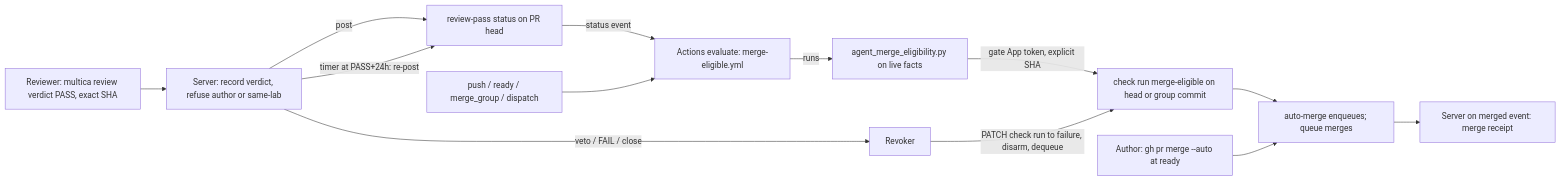
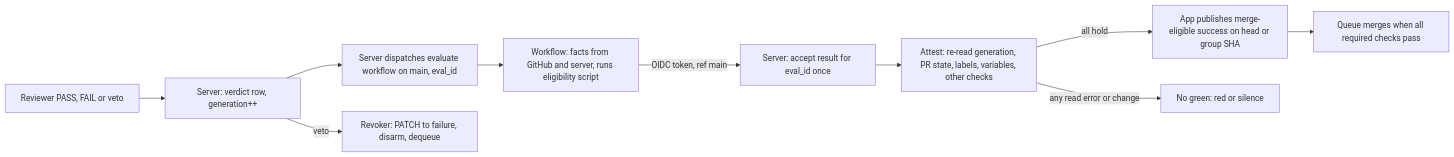
One commit to cheese-work/multica changed the diagram in docs/plans/CHE-5314-review-pass-auto-merge.md. Above: the diagram before and after it, drawn with Mermaid. The commit also changed other lines of this file, not shown here.

Commit message:
docs(plans): CHE-5314 revise plan for merge-time authority, timer, no-secret workflow, rollback fence

````diff
--- a/docs/plans/CHE-5314-review-pass-auto-merge.md
+++ b/docs/plans/CHE-5314-review-pass-auto-merge.md
@@ -38,15 +39,12 @@
 ```mermaid
 flowchart LR
-  R[Reviewer: multica review verdict PASS, exact SHA] --> S[Server: record verdict, refuse author or same-lab]
-  S -->|post| RP[review-pass status on PR head]
-  S -->|timer at PASS+24h: re-post| RP
-  RP -->|status event| EV[Actions evaluate: merge-eligible.yml]
-  PU[push / ready / merge_group / dispatch] --> EV
-  EV -->|runs| EL[agent_merge_eligibility.py on live facts]
-  EL -->|gate App token, explicit SHA| CR[check run merge-eligible on head or group commit]
-  CR --> AM[auto-merge enqueues; queue merges]
-  A[Author: gh pr merge --auto at ready] --> AM
-  S -->|veto / FAIL / close| RV[Revoker]
-  RV -->|PATCH check run to failure, disarm, dequeue| CR
-  AM --> MR[Server on merged event: merge receipt]
+  V[Reviewer PASS, FAIL or veto] --> S[Server: verdict row, generation++]
+  S --> D[Server dispatches evaluate workflow on main, eval_id]
+  D --> W[Workflow: facts from GitHub and server, runs eligibility script]
+  W -->|OIDC token, ref main| R[Server: accept result for eval_id once]
+  R --> A[Attest: re-read generation, PR state, labels, variables, other checks]
+  A -->|all hold| G[App publishes merge-eligible success on head or group SHA]
+  A -->|any read error or change| X[No green: red or silence]
+  G --> Q[Queue merges when all required checks pass]
+  S -->|veto| RV[Revoker: PATCH to failure, disarm, dequeue]
 ```
````
